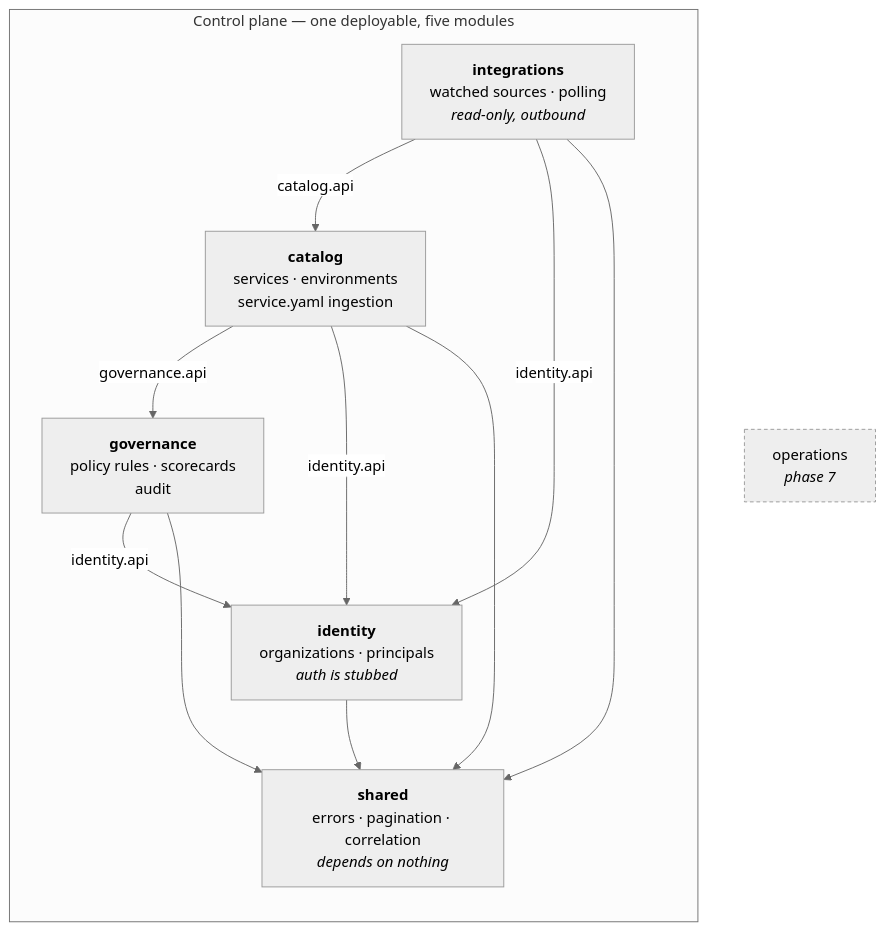
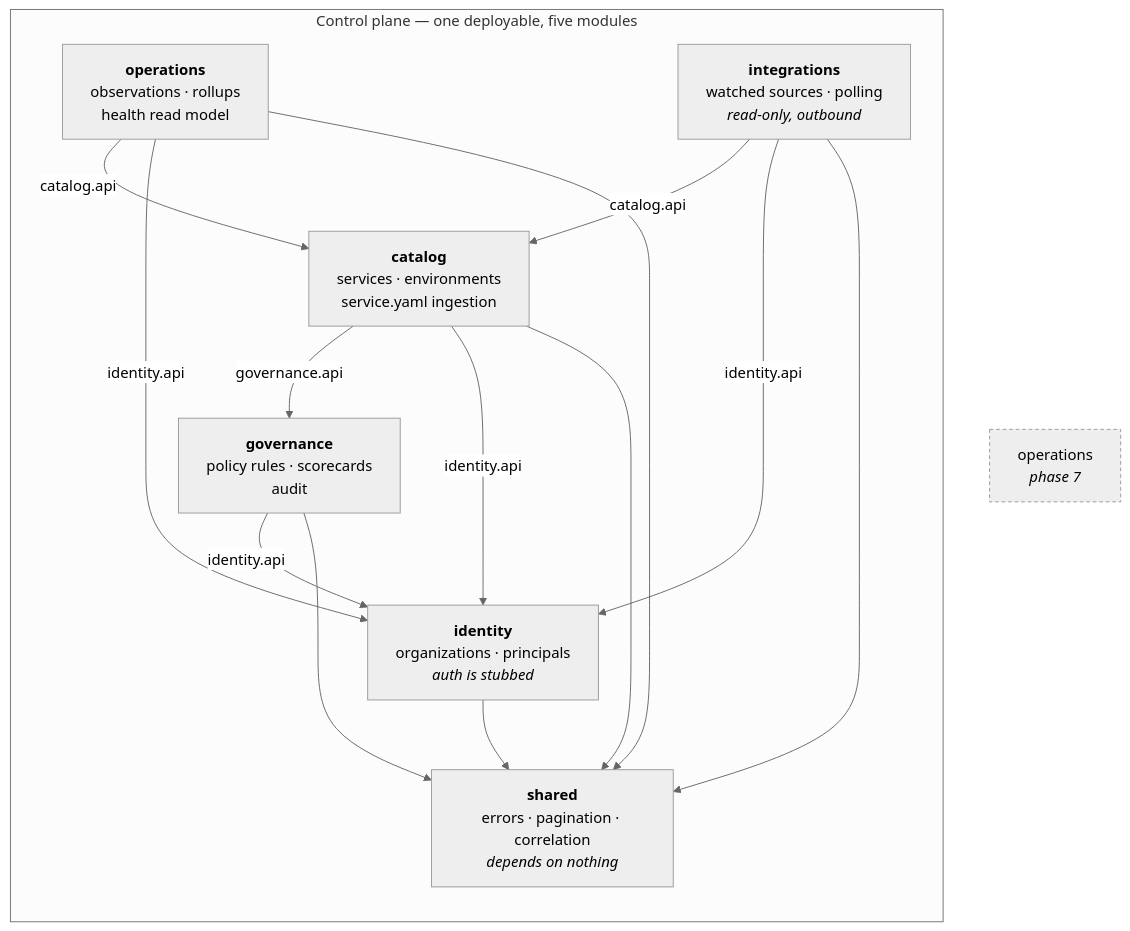
The second of 4 diagrams in docs/architecture/slice-one.md (HoseaCodes/OpsAtlas), drawn with Mermaid (neutral theme) before and after one commit. The commit also changed other lines of this file and 27 other files, not shown here.

````diff
--- a/docs/architecture/slice-one.md
+++ b/docs/architecture/slice-one.md
@@ -52,24 +55,28 @@
 ```mermaid
 flowchart TD
     subgraph cp["Control plane — one deployable, five modules"]
         direction TB
+        operations["<b>operations</b><br/>observations · rollups<br/>health read model"]
         integrations["<b>integrations</b><br/>watched sources · polling<br/><i>read-only, outbound</i>"]
         catalog["<b>catalog</b><br/>services · environments<br/>service.yaml ingestion"]
         governance["<b>governance</b><br/>policy rules · scorecards<br/>audit"]
         identity["<b>identity</b><br/>organizations · principals<br/><i>auth is stubbed</i>"]
         shared["<b>shared</b><br/>errors · pagination · correlation<br/><i>depends on nothing</i>"]
     end
 
     integrations -->|"catalog.api"| catalog
     integrations -->|"identity.api"| identity
+    operations -->|"catalog.api"| catalog
+    operations -->|"identity.api"| identity
     catalog -->|"governance.api"| governance
     catalog -->|"identity.api"| identity
     governance -->|"identity.api"| identity
     integrations --> shared
+    operations --> shared
     catalog --> shared
     governance --> shared
     identity --> shared
 
     ops["operations<br/><i>phase 7</i>"]
     style ops stroke-dasharray: 4 3
 ```
````
